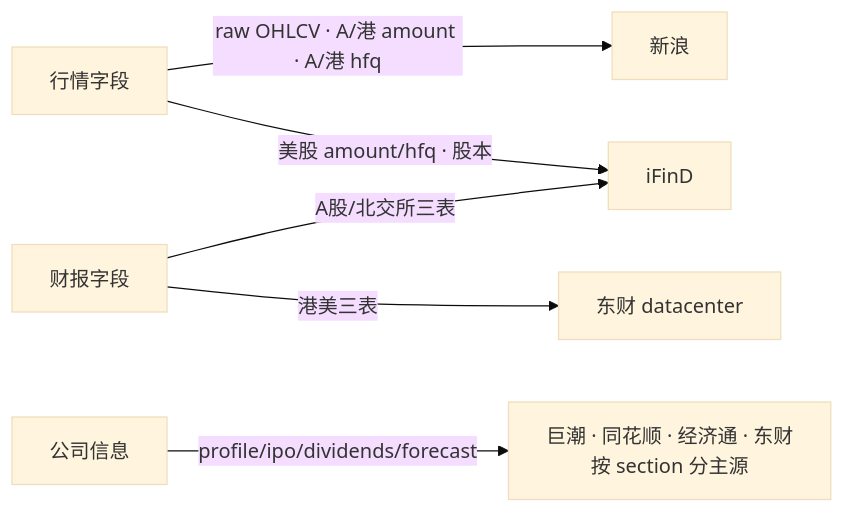
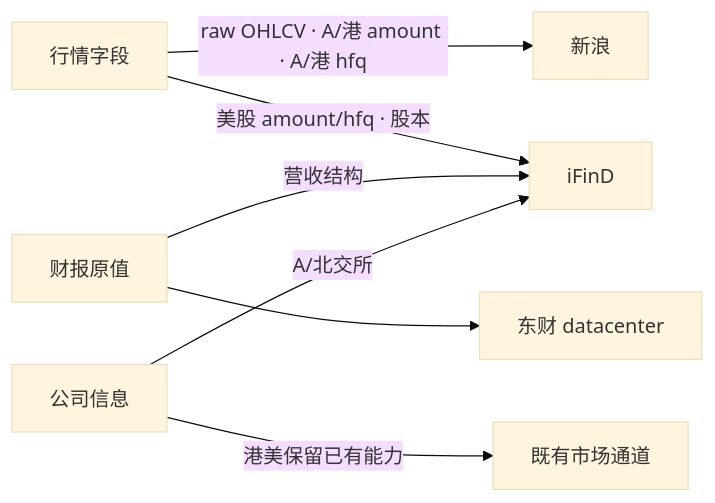
Before and after one commit to alone-tree/Ashare-announcements-MCP: the first of 4 diagrams in docs/market-data架构设计.md, drawn with Mermaid (base theme). The commit also changed other lines of this file and 23 other files, not shown here.

````diff
--- a/docs/market-data架构设计.md
+++ b/docs/market-data架构设计.md
@@ -80,8 +80,9 @@
 ```mermaid
 flowchart LR
     Q["行情字段"] -->|"raw OHLCV · A/港 amount · A/港 hfq"| S["新浪"]
     Q -->|"美股 amount/hfq · 股本"| I["iFinD"]
-    F["财报字段"] -->|"A股/北交所三表"| I
-    F -->|"港美三表"| E["东财 datacenter"]
-    M["公司信息"] -->|"profile/ipo/dividends/forecast"| N["巨潮 · 同花顺 · 经济通 · 东财<br/>按 section 分主源"]
+    F["财报原值"] --> E["东财 datacenter"]
+    F -->|"营收结构"| I
+    M["公司信息"] -->|"A/北交所"| I
+    M -->|"港美保留已有能力"| N["既有市场通道"]
 ```
````
